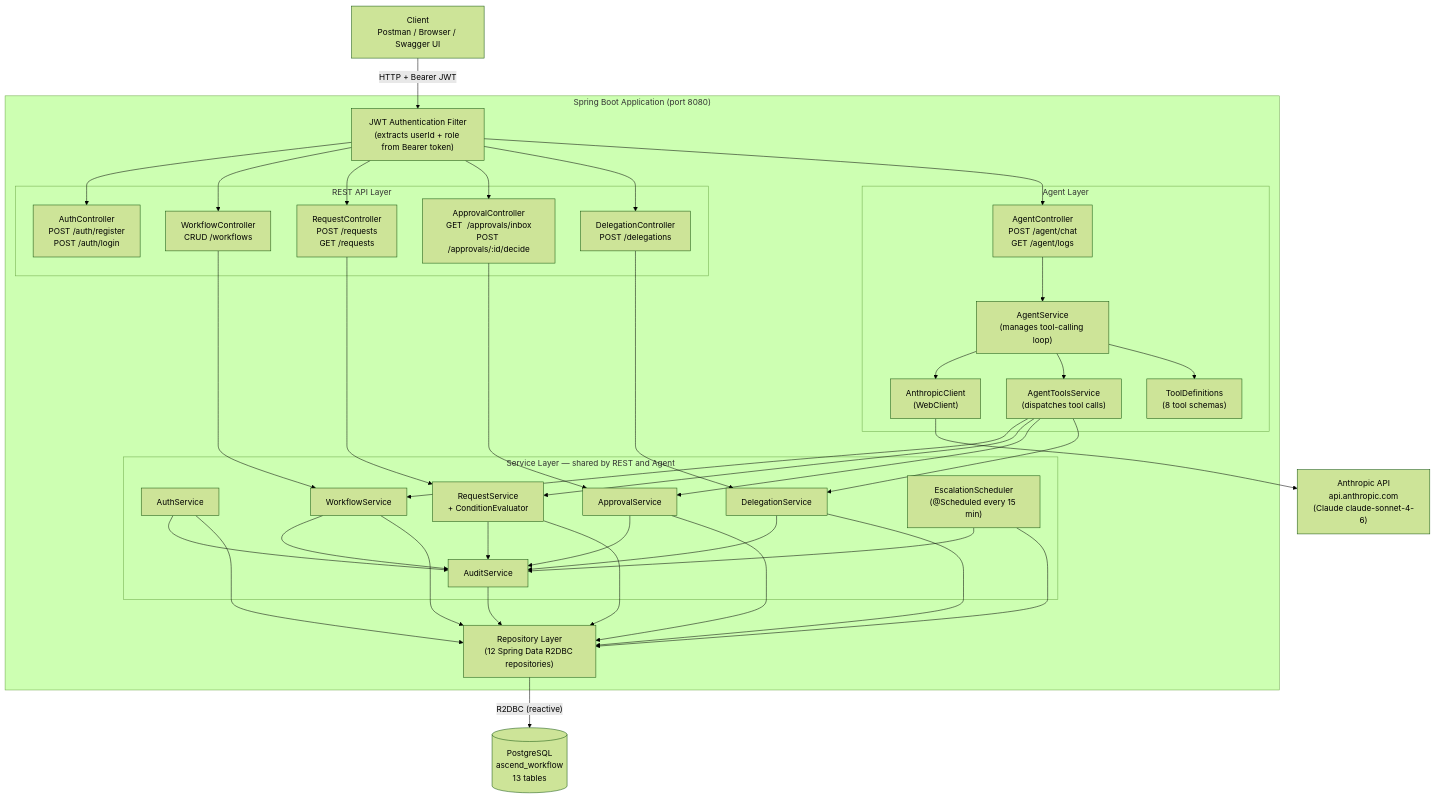
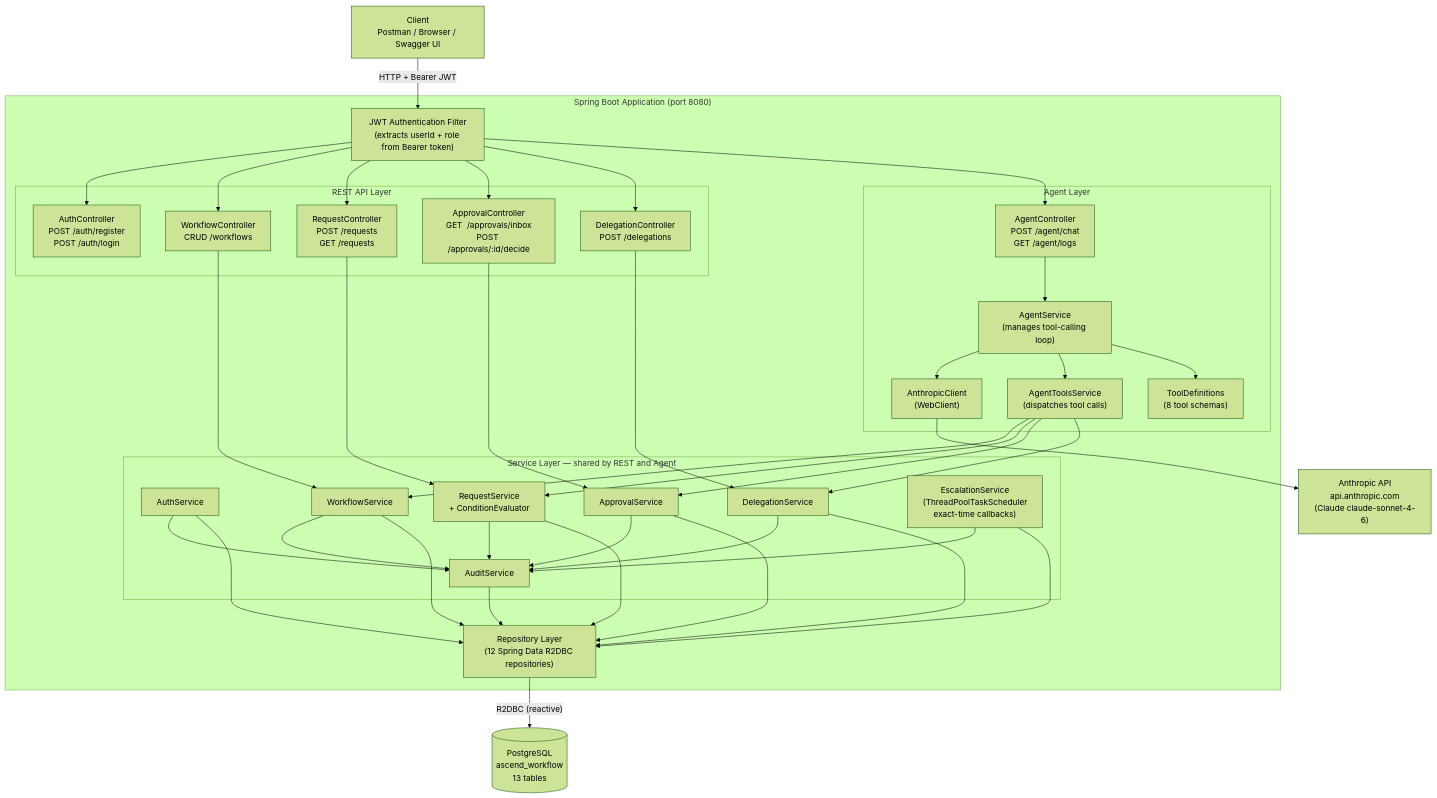
One commit to yan-wang-home/ascend-workflow-engine changed the first of 3 diagrams in ARCHITECTURE.md. Above: the diagram before and after it, drawn with Mermaid (forest theme). The commit also changed other lines of this file and 8 other files, not shown here.

First line of the commit message:
Apply TaskScheduler escalation changes to source files and update docs

````diff
--- a/ARCHITECTURE.md
+++ b/ARCHITECTURE.md
@@ -5,58 +5,58 @@
 ```mermaid
 graph TB
     Client["Client\nPostman / Browser / Swagger UI"]
 
     subgraph App["Spring Boot Application (port 8080)"]
         JWT["JWT Authentication Filter\n(extracts userId + role from Bearer token)"]
 
         subgraph REST["REST API Layer"]
             AuthCtrl["AuthController\nPOST /auth/register\nPOST /auth/login"]
             WorkflowCtrl["WorkflowController\nCRUD /workflows"]
             RequestCtrl["RequestController\nPOST /requests\nGET  /requests"]
             ApprovalCtrl["ApprovalController\nGET  /approvals/inbox\nPOST /approvals/:id/decide"]
             DelegationCtrl["DelegationController\nPOST /delegations"]
         end
 
         subgraph Agent["Agent Layer"]
             AgentCtrl["AgentController\nPOST /agent/chat\nGET  /agent/logs"]
             AgentSvc["AgentService\n(manages tool-calling loop)"]
             ToolDefs["ToolDefinitions\n(8 tool schemas)"]
             AgentTools["AgentToolsService\n(dispatches tool calls)"]
             AnthropicClient["AnthropicClient\n(WebClient)"]
         end
 
         subgraph Services["Service Layer  —  shared by REST and Agent"]
             AuthSvc["AuthService"]
             WorkflowSvc["WorkflowService"]
             RequestSvc["RequestService\n+ ConditionEvaluator"]
             ApprovalSvc["ApprovalService"]
             DelegationSvc["DelegationService"]
-            EscalationSched["EscalationScheduler\n(@Scheduled every 15 min)"]
+            EscalationSched["EscalationService\n(ThreadPoolTaskScheduler\nexact-time callbacks)"]
             AuditSvc["AuditService"]
         end
 
         Repos["Repository Layer\n(12 Spring Data R2DBC repositories)"]
     end
 
     DB[("PostgreSQL\nascend_workflow\n13 tables")]
     AnthropicAPI["Anthropic API\napi.anthropic.com\n(Claude claude-sonnet-4-6)"]
 
     Client -->|"HTTP + Bearer JWT"| JWT
     JWT --> AuthCtrl & WorkflowCtrl & RequestCtrl & ApprovalCtrl & DelegationCtrl & AgentCtrl
 
     AgentCtrl --> AgentSvc
     AgentSvc --> AnthropicClient --> AnthropicAPI
     AgentSvc --> AgentTools
     AgentSvc --> ToolDefs
 
     AgentTools --> WorkflowSvc & RequestSvc & ApprovalSvc & DelegationSvc
 
     WorkflowCtrl --> WorkflowSvc
     RequestCtrl --> RequestSvc
     ApprovalCtrl --> ApprovalSvc
     DelegationCtrl --> DelegationSvc
 
     WorkflowSvc & RequestSvc & ApprovalSvc & DelegationSvc & AuthSvc & EscalationSched --> AuditSvc
     WorkflowSvc & RequestSvc & ApprovalSvc & DelegationSvc & AuthSvc & EscalationSched & AuditSvc --> Repos
     Repos -->|"R2DBC (reactive)"| DB
 ```
````
